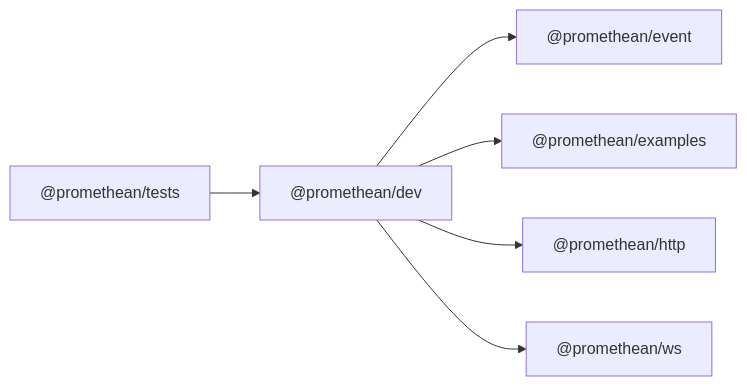
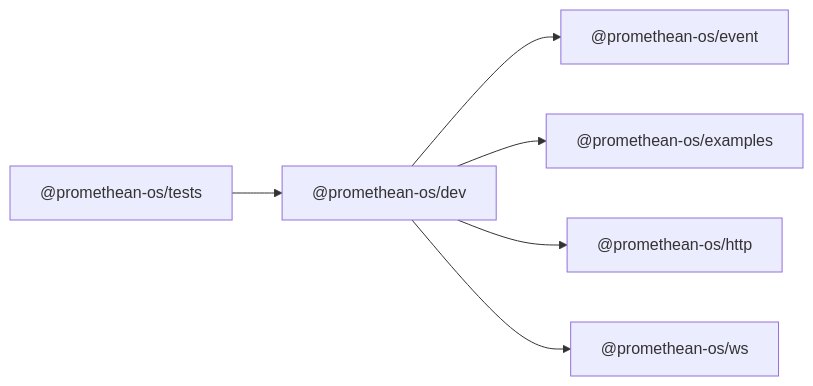
Before and after one commit to octave-commons/promethean: the diagram in docs/packages/dev/README.md, drawn with Mermaid. The commit also changed other lines of this file and 1753 other files, not shown here.

````diff
--- a/docs/packages/dev/README.md
+++ b/docs/packages/dev/README.md
@@ -14,19 +14,19 @@
 ```mermaid
 graph LR
-  A["@promethean/dev"]
-  D1["@promethean/event"]
-  D2["@promethean/examples"]
-  D3["@promethean/http"]
-  D4["@promethean/ws"]
-  R1["@promethean/tests"]
-  A --> D1["@promethean/event"]
-  A --> D2["@promethean/examples"]
-  A --> D3["@promethean/http"]
-  A --> D4["@promethean/ws"]
-  R1["@promethean/tests"] --> A
-  click D1 "../event/README.md" "@promethean/event"
-  click D2 "../examples/README.md" "@promethean/examples"
-  click D3 "../http/README.md" "@promethean/http"
-  click D4 "../ws/README.md" "@promethean/ws"
-  click R1 "../tests/README.md" "@promethean/tests"
+  A["@promethean-os/dev"]
+  D1["@promethean-os/event"]
+  D2["@promethean-os/examples"]
+  D3["@promethean-os/http"]
+  D4["@promethean-os/ws"]
+  R1["@promethean-os/tests"]
+  A --> D1["@promethean-os/event"]
+  A --> D2["@promethean-os/examples"]
+  A --> D3["@promethean-os/http"]
+  A --> D4["@promethean-os/ws"]
+  R1["@promethean-os/tests"] --> A
+  click D1 "../event/README.md" "@promethean-os/event"
+  click D2 "../examples/README.md" "@promethean-os/examples"
+  click D3 "../http/README.md" "@promethean-os/http"
+  click D4 "../ws/README.md" "@promethean-os/ws"
+  click R1 "../tests/README.md" "@promethean-os/tests"
 ```
````
